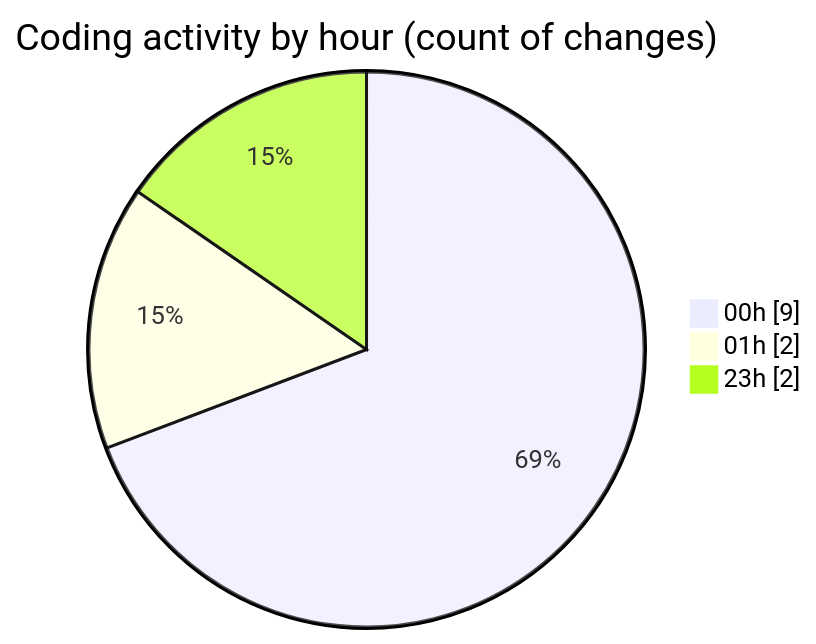
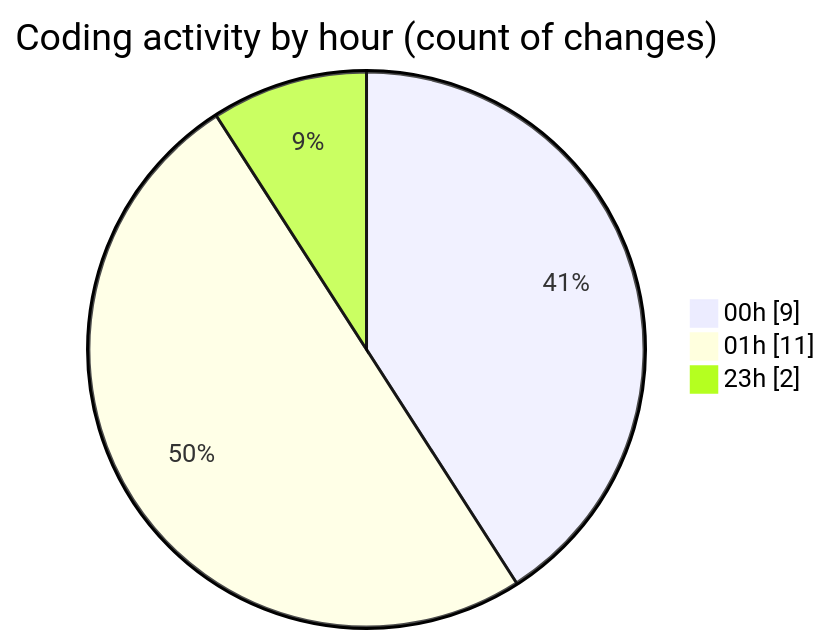
The second of 2 diagrams in 2025-01-31/react/README.md (Elitesun/code-tracking), drawn with Mermaid before and after one commit. The commit also changed other lines of this file and 1 other file, not shown here.

````diff
--- a/2025-01-31/react/README.md
+++ b/2025-01-31/react/README.md
@@ -30,7 +32,7 @@
 ```mermaid
 pie showData
 title Coding activity by hour (count of changes)
 "00h" : 9
-"01h" : 2
+"01h" : 11
 "23h" : 2
 ```
````
